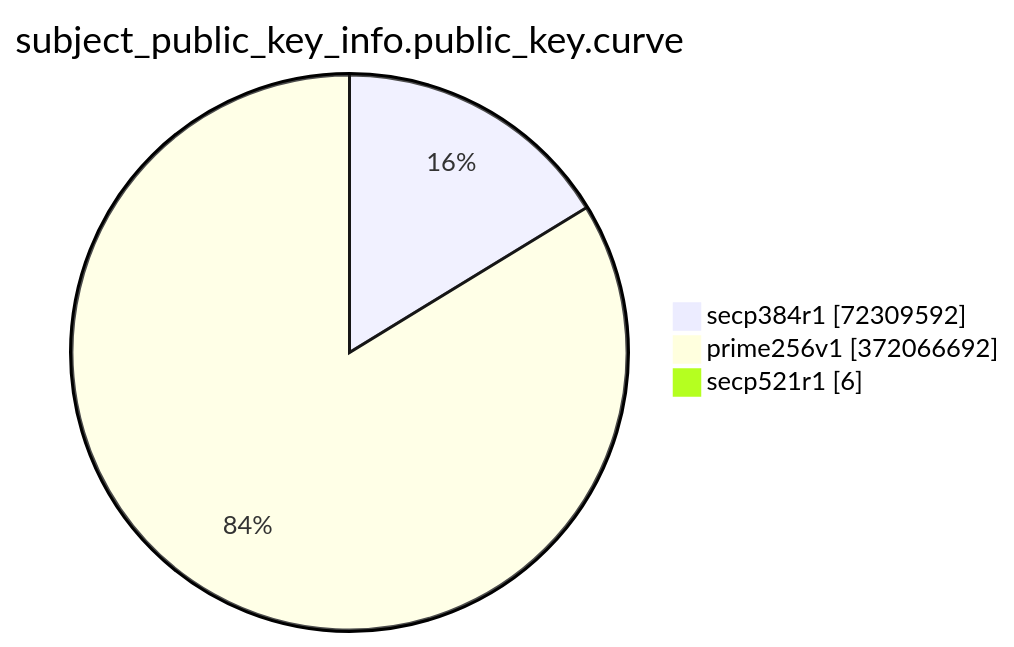
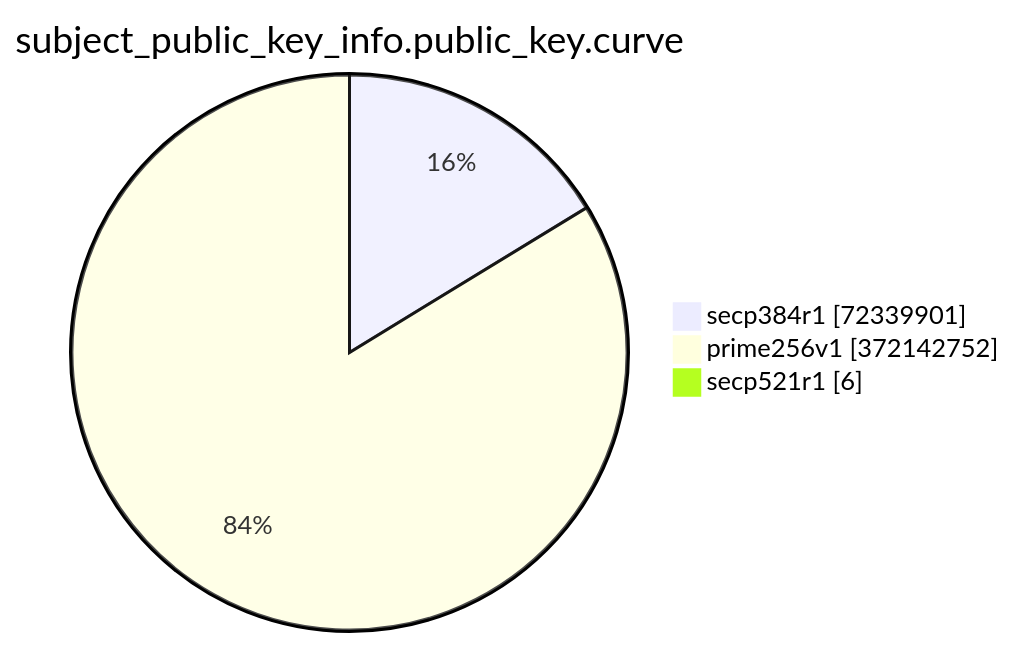
Before and after one commit to christiankrug/ctmonitor_visualization: the eighth of 15 diagrams in TOTAL/README.md, drawn with Mermaid. The commit also changed other lines of this file, not shown here.

````diff
--- a/TOTAL/README.md
+++ b/TOTAL/README.md
@@ -3092,7 +3092,7 @@
 ```mermaid
 pie showData
 title subject_public_key_info.public_key.curve
-"secp384r1" :72309592
-"prime256v1" :372066692
+"secp384r1" :72339901
+"prime256v1" :372142752
 "secp521r1" :6
 ```
````
